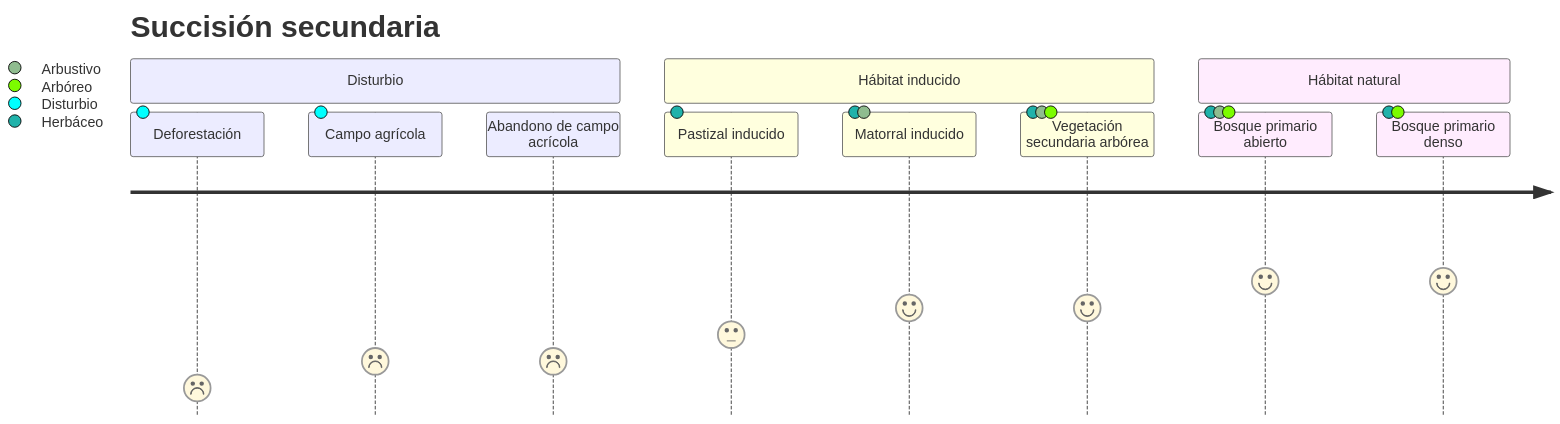
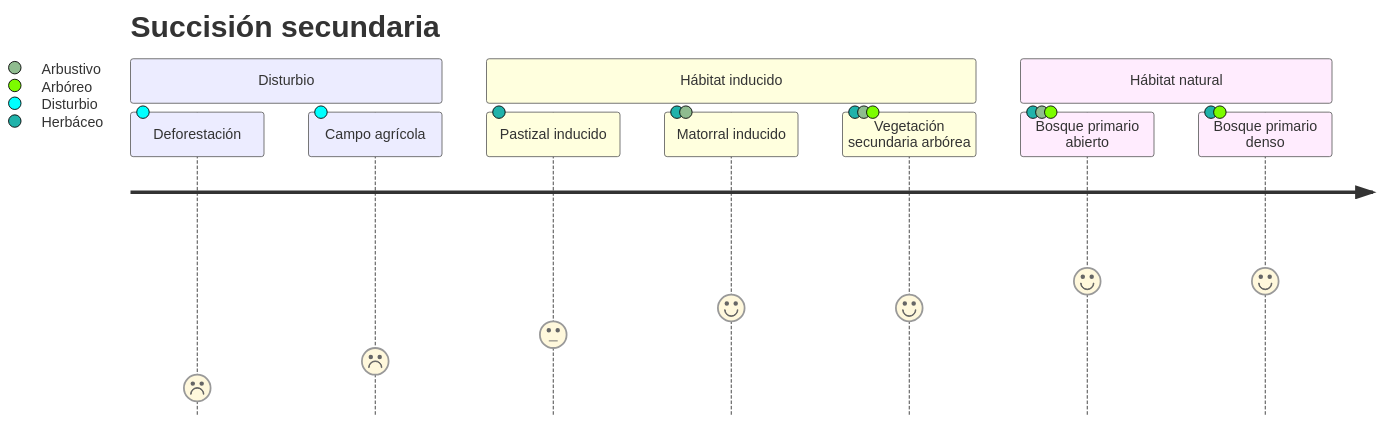
The diagram in LULC/Tapalpa_succesion.mermaid (vshalisko/mixed_GIS_related_scripts), drawn with Mermaid before and after one commit.

```diff
--- a/LULC/Tapalpa_succesion.mermaid
+++ b/LULC/Tapalpa_succesion.mermaid
@@ -1,13 +1,12 @@
 journey
     title Succisión secundaria
     section Disturbio
       Deforestación: 1: Disturbio
       Campo agrícola: 2: Disturbio
-      Abandono de campo acrícola: 2
     section Hábitat inducido
       Pastizal inducido: 3: Herbáceo
       Matorral inducido: 4: Herbáceo, Arbustivo
       Vegetación secundaria arbórea: 4: Herbáceo, Arbustivo, Arbóreo
     section Hábitat natural
       Bosque primario abierto: 5:  Herbáceo, Arbustivo, Arbóreo
       Bosque primario denso: 5: Herbáceo, Arbóreo
```
